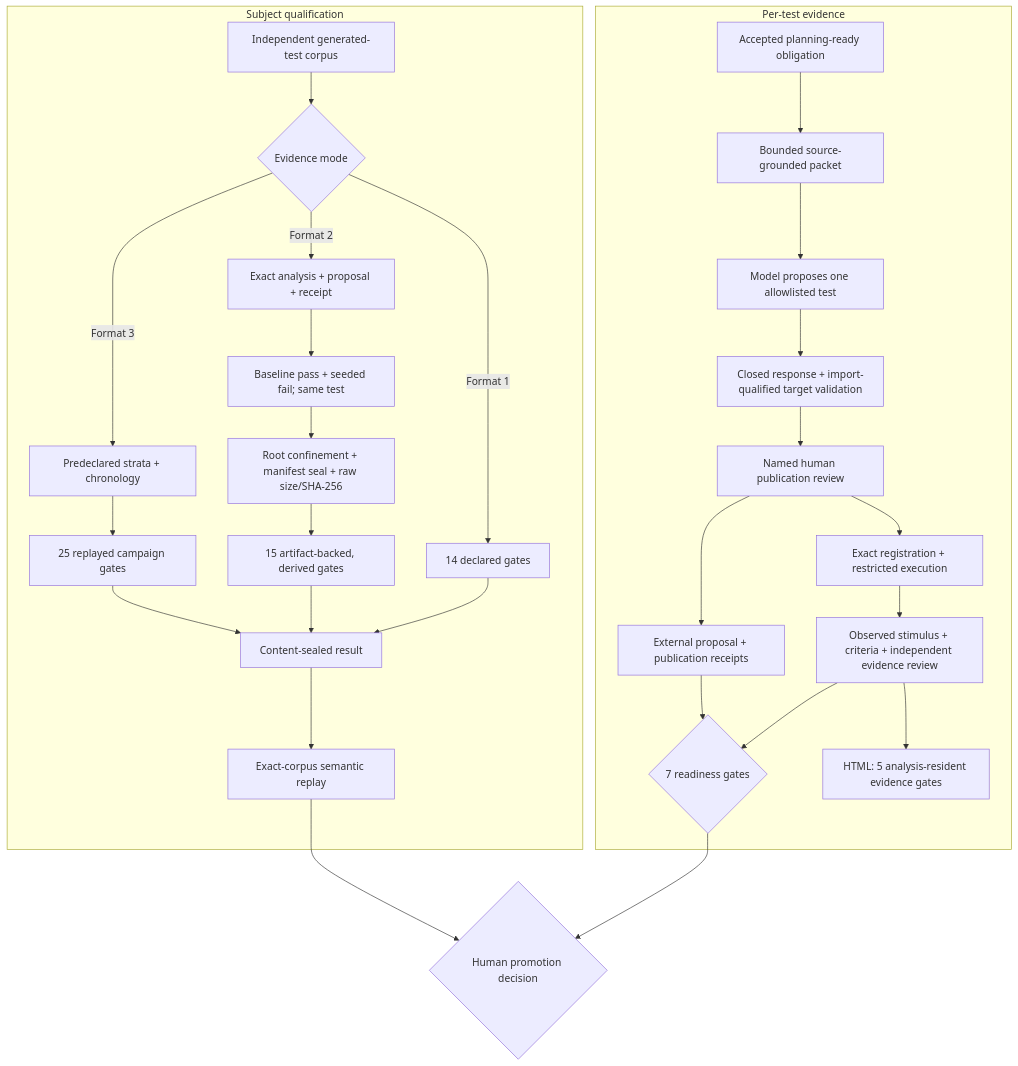
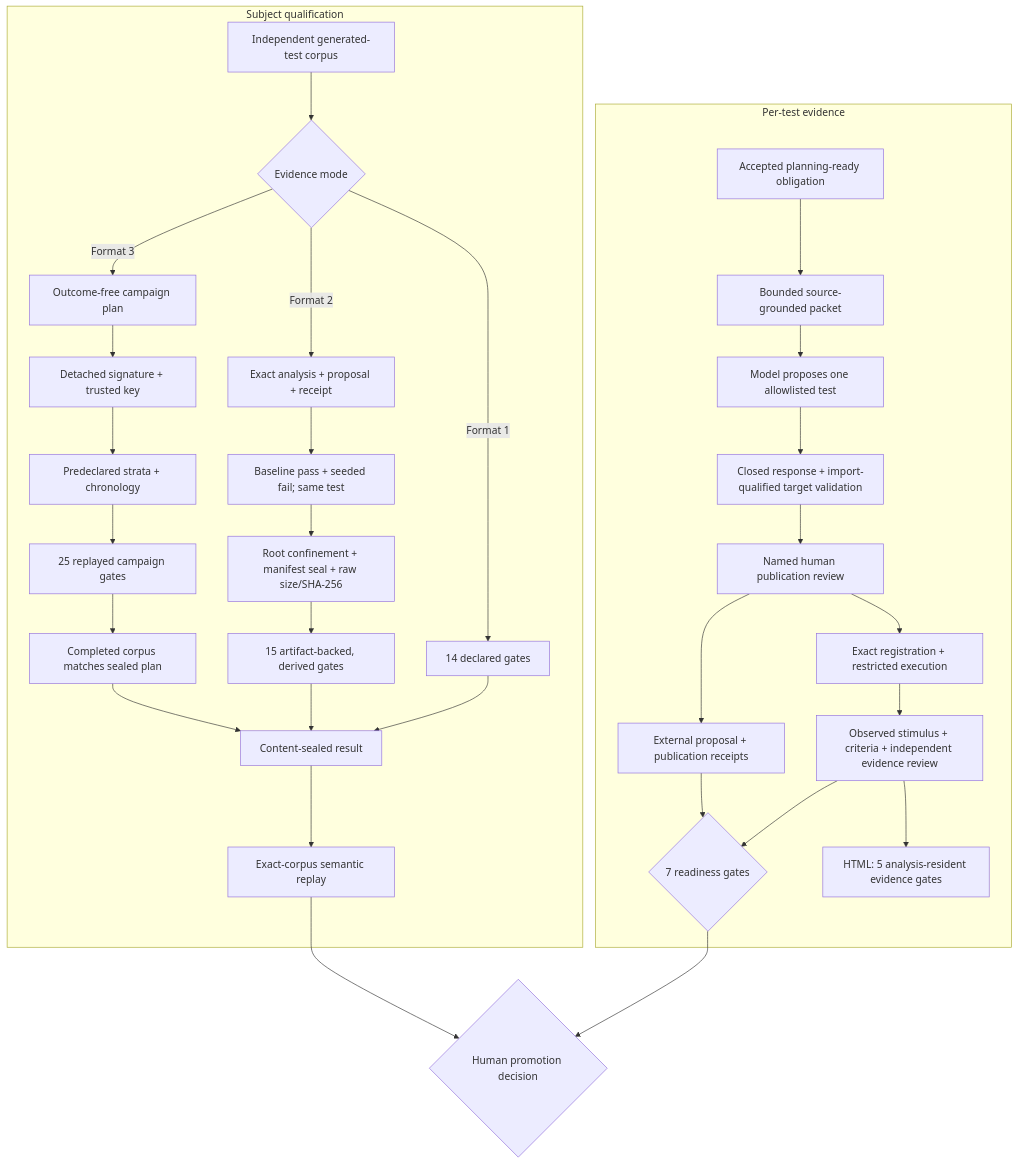
One commit to willtran87/project-py-sfmea changed the fifth of 7 diagrams in docs/VISUAL_GUIDE.md. Above: the diagram before and after it, drawn with Mermaid. The commit also changed other lines of this file and 8 other files, not shown here.

Commit message:
Refresh assurance workflows and diagrams

````diff
--- a/docs/VISUAL_GUIDE.md
+++ b/docs/VISUAL_GUIDE.md
@@ -122,31 +126,34 @@
 ```mermaid
 flowchart TB
     subgraph PERTEST["Per-test evidence"]
         O["Accepted planning-ready obligation"] --> P["Bounded source-grounded packet"]
         P --> M["Model proposes one allowlisted test"]
         M --> X["Closed response + import-qualified target validation"]
         X --> H["Named human publication review"]
         H --> E["Exact registration + restricted execution"]
         E --> I["Observed stimulus + criteria + independent evidence review"]
         I --> R{"7 readiness gates"}
         I --> HTML["HTML: 5 analysis-resident evidence gates"]
         H --> EXT["External proposal + publication receipts"]
         EXT --> R
     end
     subgraph SUBJECT["Subject qualification"]
         C["Independent generated-test corpus"] --> Q{"Evidence mode"}
         Q -- "Format 1" --> D14["14 declared gates"]
         Q -- "Format 2" --> ART["Exact analysis + proposal + receipt"]
-        Q -- "Format 3" --> STRAT["Predeclared strata + chronology"]
+        Q -- "Format 3" --> PLAN["Outcome-free campaign plan"]
+        PLAN --> KEY["Detached signature + trusted key"]
+        KEY --> STRAT["Predeclared strata + chronology"]
         ART --> RUN["Baseline pass + seeded fail; same test"]
         RUN --> RAW["Root confinement + manifest seal + raw size/SHA-256"]
         RAW --> D15["15 artifact-backed, derived gates"]
         STRAT --> D25["25 replayed campaign gates"]
+        D25 --> MATCH["Completed corpus matches sealed plan"]
         D14 --> S["Content-sealed result"]
         D15 --> S
-        D25 --> S
+        MATCH --> S
         S --> V["Exact-corpus semantic replay"]
     end
     R --> D{"Human promotion decision"}
     V --> D
 ```
````
